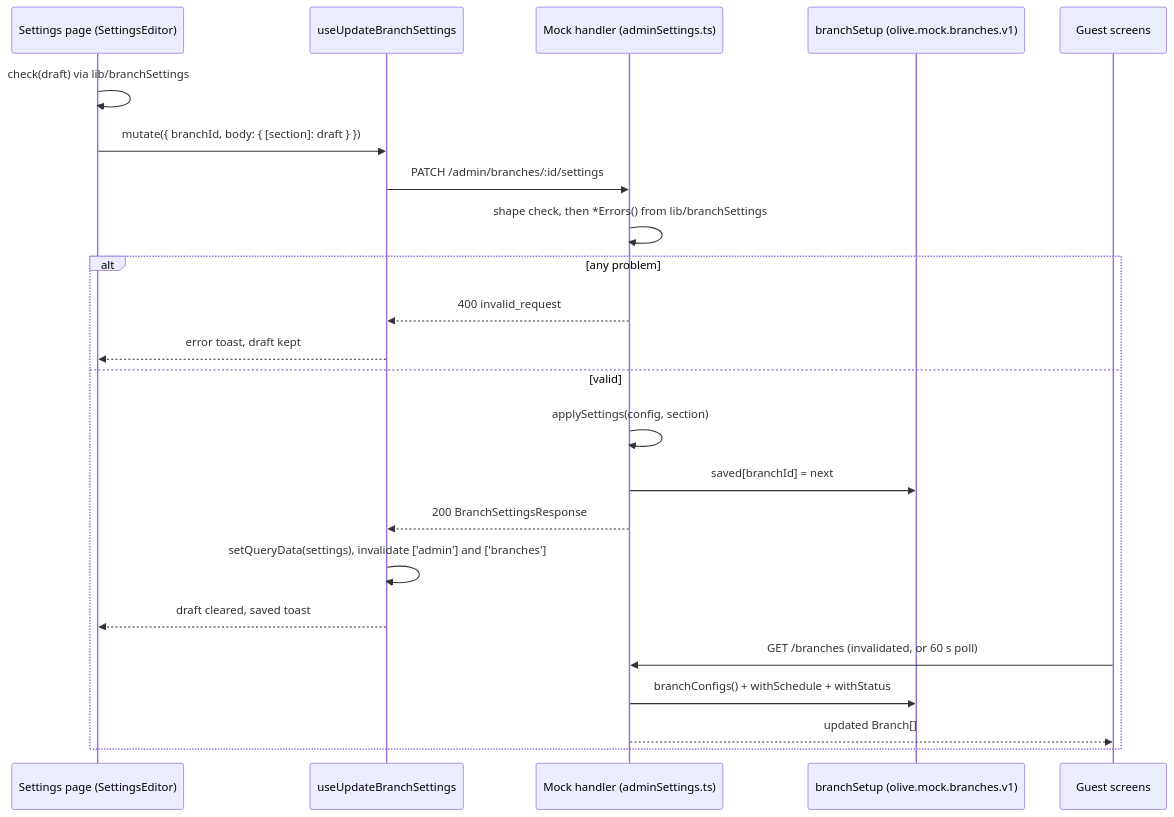
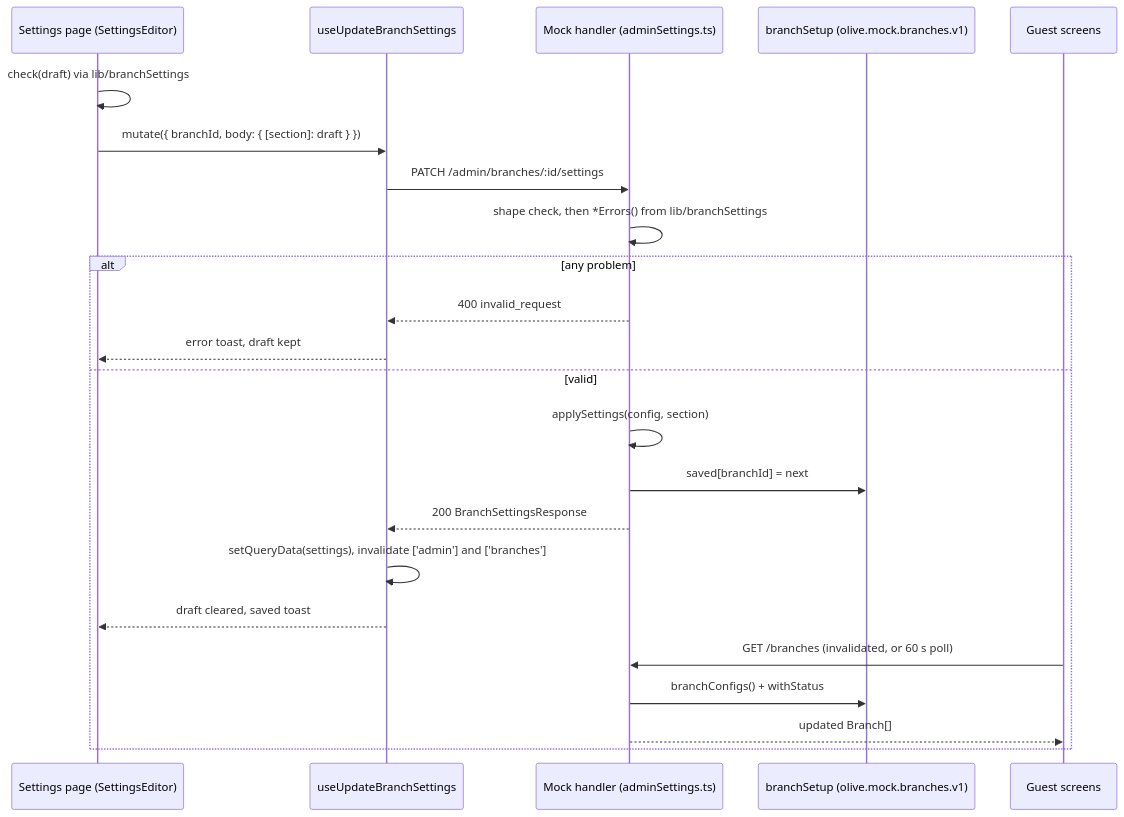
Before and after one commit to abhishekshah100/restaurant-order: the diagram in docs/settings.md, drawn with Mermaid. The commit also changed other lines of this file and 13 other files, not shown here.

````diff
--- a/docs/settings.md
+++ b/docs/settings.md
@@ -189,26 +222,26 @@
 ```mermaid
 sequenceDiagram
     participant Page as Settings page (SettingsEditor)
     participant Hook as useUpdateBranchSettings
     participant Mock as Mock handler (adminSettings.ts)
     participant DB as branchSetup (olive.mock.branches.v1)
     participant Guest as Guest screens
 
     Page->>Page: check(draft) via lib/branchSettings
     Page->>Hook: mutate({ branchId, body: { [section]: draft } })
     Hook->>Mock: PATCH /admin/branches/:id/settings
     Mock->>Mock: shape check, then *Errors() from lib/branchSettings
     alt any problem
         Mock-->>Hook: 400 invalid_request
         Hook-->>Page: error toast, draft kept
     else valid
         Mock->>Mock: applySettings(config, section)
         Mock->>DB: saved[branchId] = next
         Mock-->>Hook: 200 BranchSettingsResponse
         Hook->>Hook: setQueryData(settings), invalidate ['admin'] and ['branches']
         Hook-->>Page: draft cleared, saved toast
         Guest->>Mock: GET /branches (invalidated, or 60 s poll)
-        Mock->>DB: branchConfigs() + withSchedule + withStatus
+        Mock->>DB: branchConfigs() + withStatus
         Mock-->>Guest: updated Branch[]
     end
 ```
````
